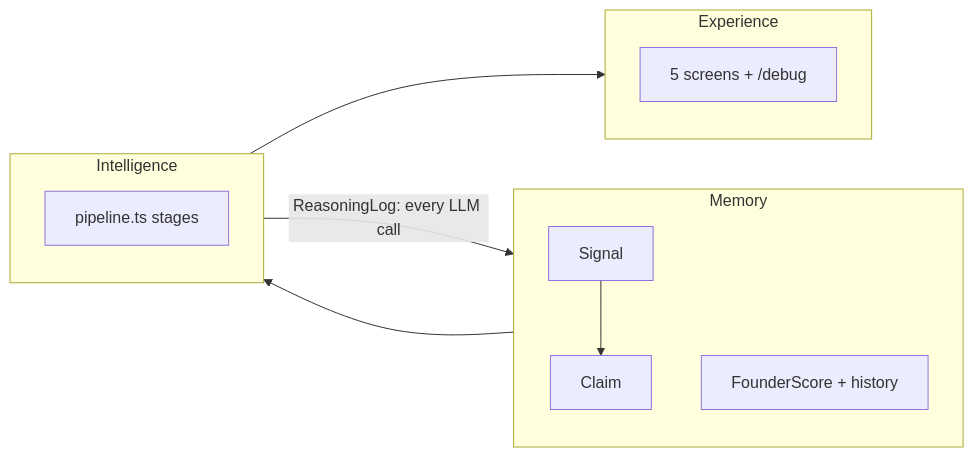
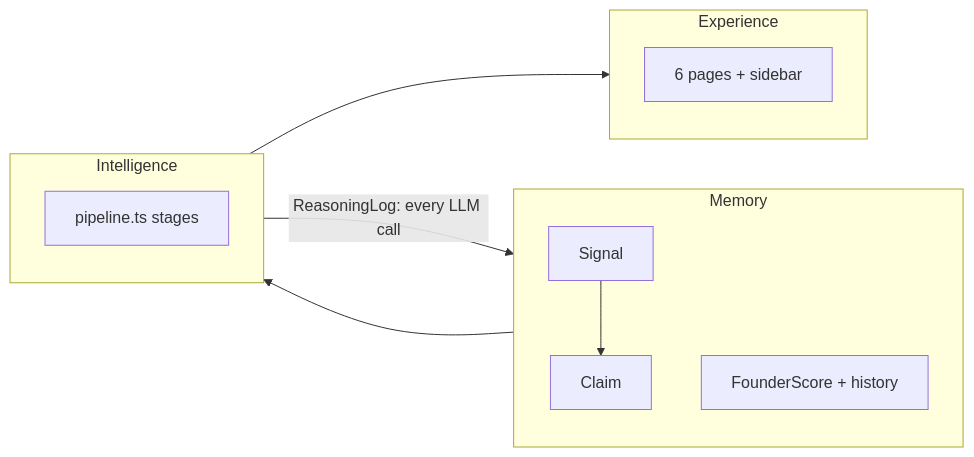
One commit to TheGitSlender/Argus changed the second of 2 diagrams in brain/architecture.md. Above: the diagram before and after it, drawn with Mermaid. The commit also changed other lines of this file and 9 other files, not shown here.

````diff
--- a/brain/architecture.md
+++ b/brain/architecture.md
@@ -45,15 +46,15 @@
 ```mermaid
 flowchart LR
     subgraph Memory
         S[Signal] --> CL[Claim]
         FS[FounderScore + history]
     end
     subgraph Intelligence
         P[pipeline.ts stages]
     end
     subgraph Experience
-        UI[5 screens + /debug]
+        UI[6 pages + sidebar]
     end
     Memory --> Intelligence --> Experience
     Intelligence -- ReasoningLog: every LLM call --> Memory
 ```
````
